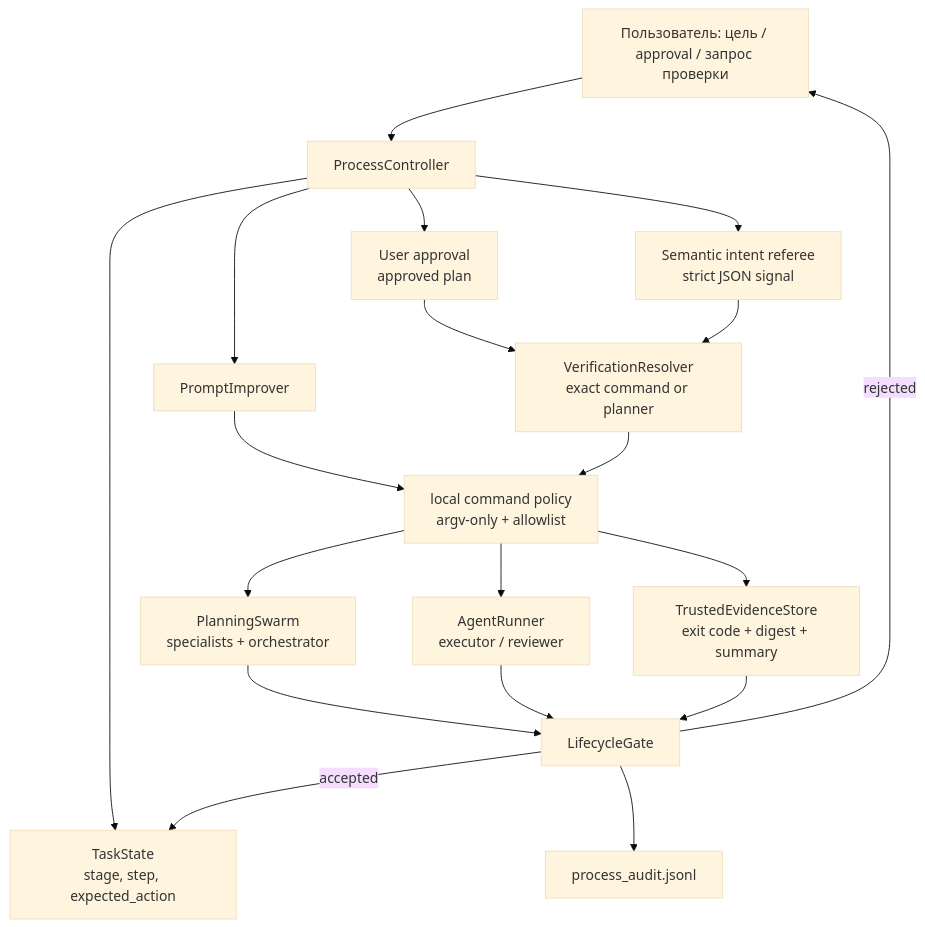
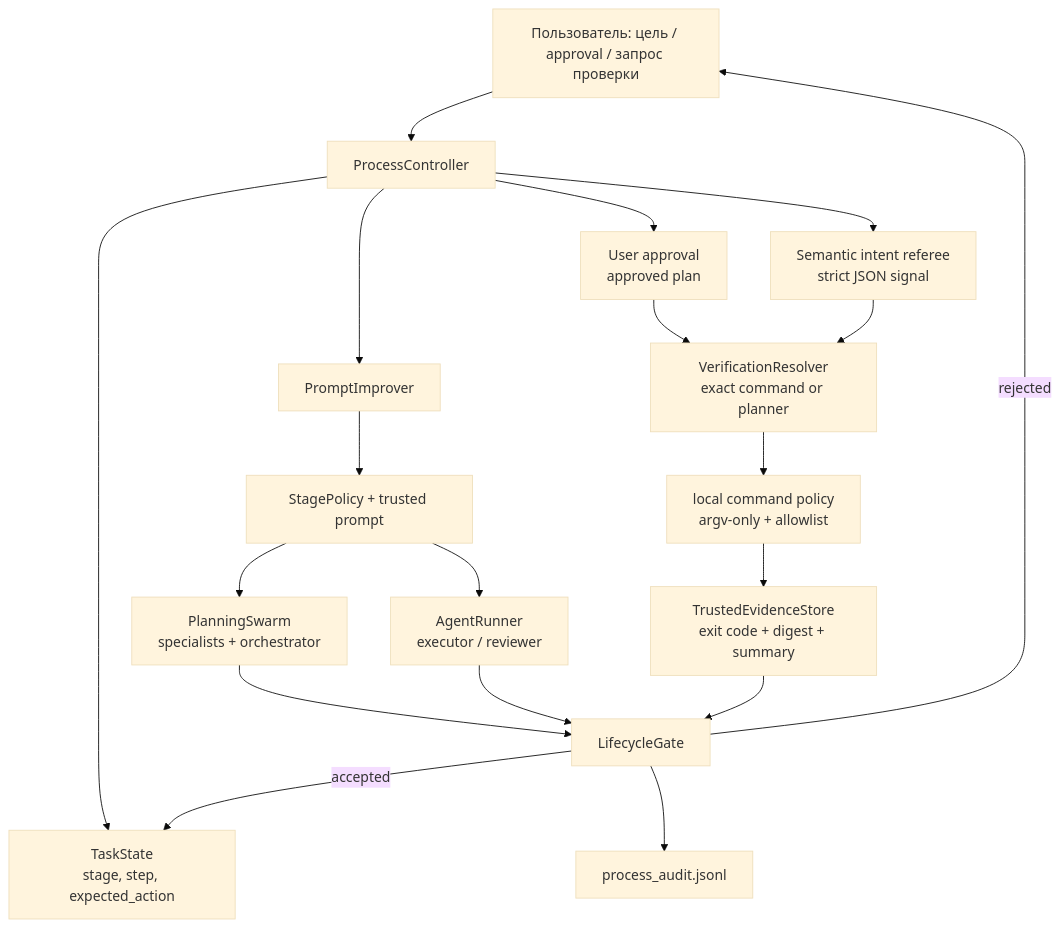
Before and after one commit to nikbrik/coding_writer: diagram 13 of 15 in README.md, drawn with Mermaid (base theme). The commit also changed other lines of this file and 24 other files, not shown here.

````diff
--- a/README.md
+++ b/README.md
@@ -352,21 +517,21 @@
 ```mermaid
 flowchart TD
     User["Пользователь: цель / approval / запрос проверки"] --> Controller["ProcessController"]
     Controller --> State["TaskState<br/>stage, step, expected_action"]
     Controller --> Improve["PromptImprover"]
     Improve --> Policy["StagePolicy + trusted prompt"]
     Policy --> Swarm["PlanningSwarm<br/>specialists + orchestrator"]
     Policy --> Agents["AgentRunner<br/>executor / reviewer"]
     Controller --> Intent["Semantic intent referee<br/>strict JSON signal"]
     Controller --> Approval["User approval<br/>approved plan"]
     Approval --> Verify["VerificationResolver<br/>exact command or planner"]
     Intent --> Verify
-    Verify --> Policy["local command policy<br/>argv-only + allowlist"]
-    Policy --> Evidence["TrustedEvidenceStore<br/>exit code + digest + summary"]
+    Verify --> CommandPolicy["local command policy<br/>argv-only + allowlist"]
+    CommandPolicy --> Evidence["TrustedEvidenceStore<br/>exit code + digest + summary"]
     Swarm --> Gate["LifecycleGate"]
     Agents --> Gate
     Evidence --> Gate
     Gate -->|accepted| State
     Gate --> Audit["process_audit.jsonl"]
     Gate -->|rejected| User
 ```
````
